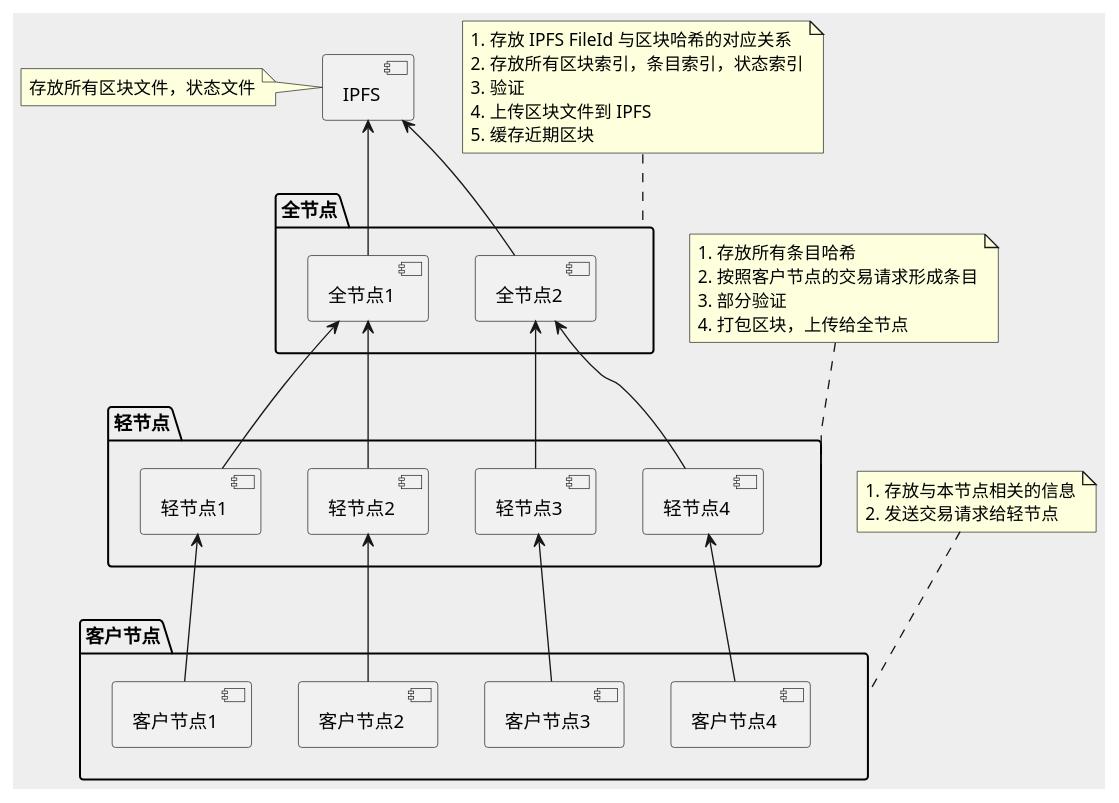
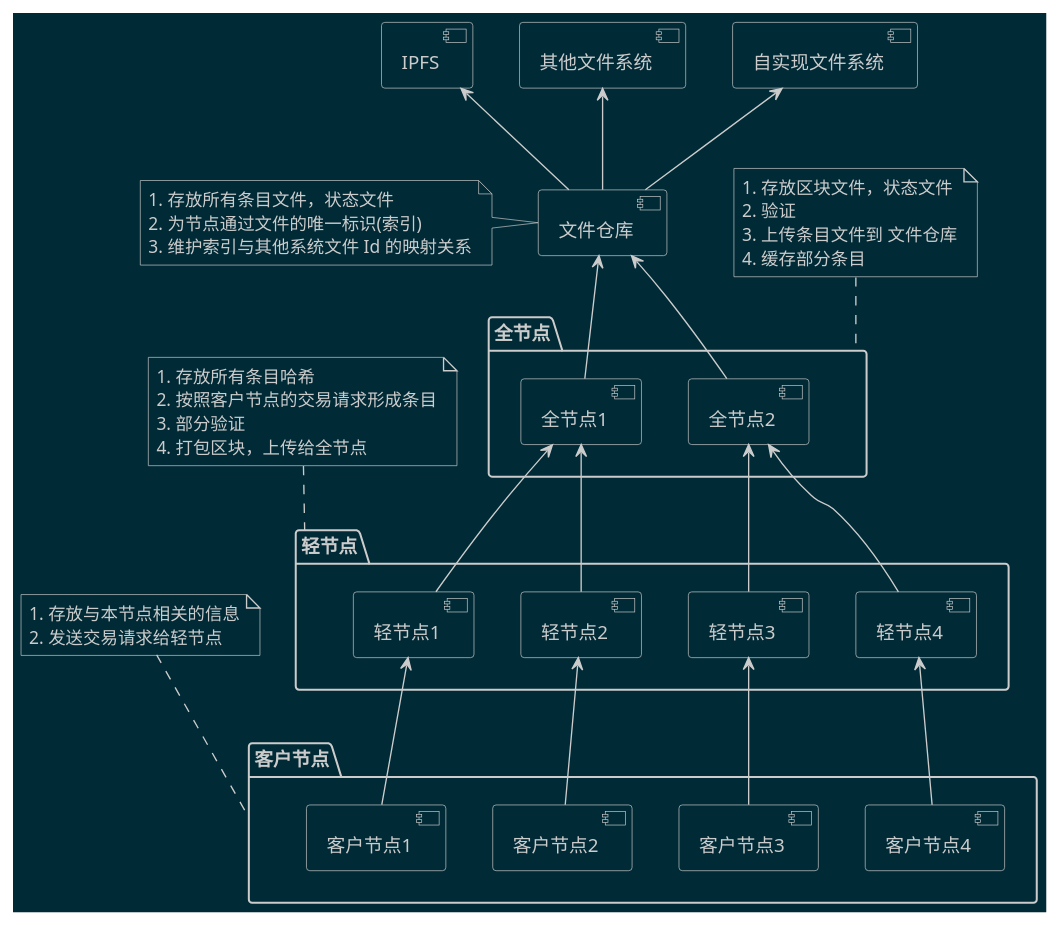
Before and after one commit to lhybdv/bcnotes: the first of 5 diagrams in docs/trias/datastore.md, drawn with PlantUML. The commit also changed other lines of this file and 4 other files, not shown here.

````diff
--- a/docs/trias/datastore.md
+++ b/docs/trias/datastore.md
@@ -90,63 +94,80 @@
 ```plantuml
 @startuml
 
 skinparam {
-    backgroundColor #eeeeee
+    ArrowColor #ccc
+    ComponentBackgroundColor #002a36
+    ComponentBorderColor #ccc
+    ComponentFontColor #ccc
+    NoteBackgroundColor #002a36
+    NoteBorderColor #ccc
+    NoteFontColor #ccc
+    PackageBorderColor #ccc
+    PackageFontColor #ccc
+    backgroundColor #002a36
 }
 
-[IPFS] as IPFS
+[文件仓库] as fileStore
 
 package "全节点" as FullNodes {
     [全节点2] as FullNode2
     [全节点1] as FullNode1
 }
 
 package "轻节点" as LightNodes {
     [轻节点4] as LightNode4
     [轻节点3] as LightNode3
     [轻节点2] as LightNode2
     [轻节点1] as LightNode1
 }
 
 package "客户节点" as ClientNodes {
     [客户节点4] as ClientNode4
     [客户节点3] as ClientNode3
     [客户节点2] as ClientNode2
     [客户节点1] as ClientNode1
 }
 
-note left of IPFS: 存放所有区块文件，状态文件
-IPFS <-- FullNode1
-IPFS <-- FullNode2
+[IPFS] <-- fileStore
+[其他文件系统] <-- fileStore
+[自实现文件系统] <-- fileStore
+
+note left of fileStore
+    1. 存放所有条目文件，状态文件
+    2. 为节点通过文件的唯一标识(索引)
+    3. 维护索引与其他系统文件 Id 的映射关系
+end note
+
+fileStore <-- FullNode1
+fileStore <-- FullNode2
 
 note top of FullNodes
-    1. 存放 IPFS FileId 与区块哈希的对应关系
-    2. 存放所有区块索引，条目索引，状态索引
-    3. 验证
-    4. 上传区块文件到 IPFS
-    5. 缓存近期区块
+    1. 存放区块文件，状态文件
+    2. 验证
+    3. 上传条目文件到 文件仓库
+    4. 缓存部分条目
 end note
 FullNode1 <-- LightNode1
 FullNode1 <-- LightNode2
 
 note top of LightNodes
     1. 存放所有条目哈希
     2. 按照客户节点的交易请求形成条目
     3. 部分验证
     4. 打包区块，上传给全节点
 end note
 FullNode2 <-- LightNode3
 FullNode2 <-- LightNode4
 
 note top of ClientNodes
     1. 存放与本节点相关的信息
     2. 发送交易请求给轻节点
 end note
 LightNode1 <-- ClientNode1
 LightNode2 <-- ClientNode2
 LightNode3 <-- ClientNode3
 LightNode4 <-- ClientNode4
 
 
 @enduml
 ```
````
